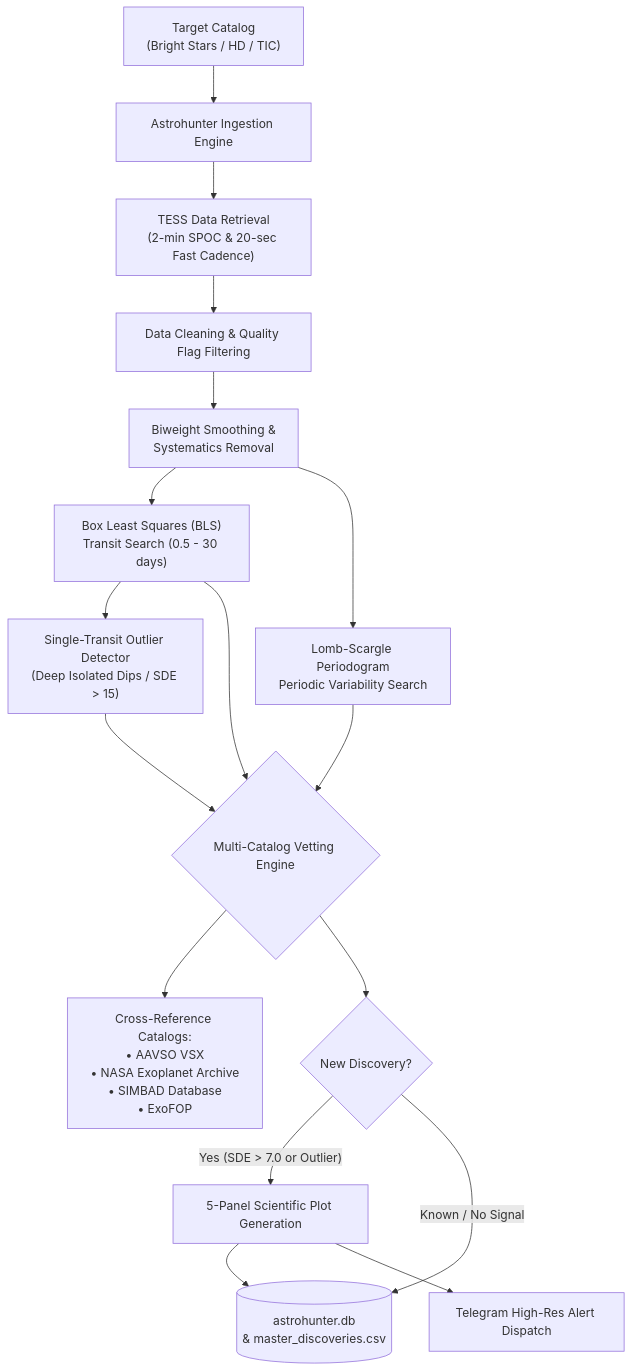
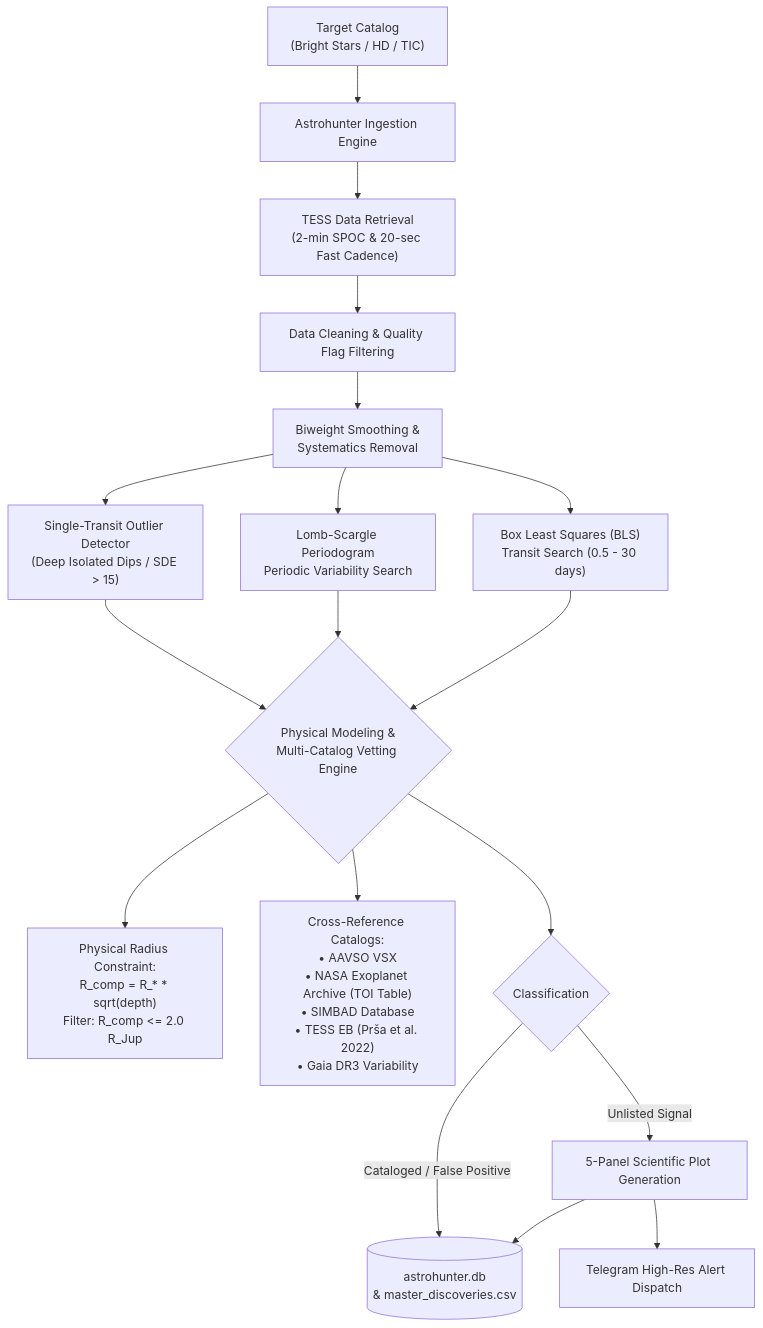
The diagram in README.md (Arman-Bisht/tess-cloud-pipeline), drawn with Mermaid before and after one commit. The commit also changed other lines of this file and 9 other files, not shown here.

Commit message:
feat: implement rigorous physical vetting and publish pristine 30-candidate TESS catalog

````diff
--- a/README.md
+++ b/README.md
@@ -26,24 +26,24 @@
 ```mermaid
 flowchart TD
     TargetList["Target Catalog\n(Bright Stars / HD / TIC)"] --> Engine["Astrohunter Ingestion Engine"]
     Engine --> Download["TESS Data Retrieval\n(2-min SPOC & 20-sec Fast Cadence)"]
     Download --> Quality["Data Cleaning & Quality Flag Filtering"]
     Quality --> Detrend["Biweight Smoothing &\nSystematics Removal"]
     
     Detrend --> BLS["Box Least Squares (BLS)\nTransit Search (0.5 - 30 days)"]
     Detrend --> LS["Lomb-Scargle Periodogram\nPeriodic Variability Search"]
+    Detrend --> SingleTransit["Single-Transit Outlier Detector\n(Deep Isolated Dips / SDE > 15)"]
     
-    BLS --> SingleTransit["Single-Transit Outlier Detector\n(Deep Isolated Dips / SDE > 15)"]
-    
-    BLS --> Vetting{"Multi-Catalog Vetting Engine"}
+    BLS --> Vetting{"Physical Modeling &\nMulti-Catalog Vetting Engine"}
     LS --> Vetting
     SingleTransit --> Vetting
     
-    Vetting --> Catalogs["Cross-Reference Catalogs:\n• AAVSO VSX\n• NASA Exoplanet Archive\n• SIMBAD Database\n• ExoFOP"]
+    Vetting --> Physics["Physical Radius Constraint:\nR_comp = R_* * sqrt(depth)\nFilter: R_comp <= 2.0 R_Jup"]
+    Vetting --> Catalogs["Cross-Reference Catalogs:\n• AAVSO VSX\n• NASA Exoplanet Archive (TOI Table)\n• SIMBAD Database\n• TESS EB (Prša et al. 2022)\n• Gaia DR3 Variability"]
     
-    Vetting --> Discovery{"New Discovery?"}
-    Discovery -- "Yes (SDE > 7.0 or Outlier)" --> Visualizer["5-Panel Scientific Plot Generation"]
+    Vetting --> Classify{"Classification"}
+    Classify -- "Unlisted Signal" --> Visualizer["5-Panel Scientific Plot Generation"]
     Visualizer --> DB[("astrohunter.db\n& master_discoveries.csv")]
     Visualizer --> Alerts["Telegram High-Res Alert Dispatch"]
-    Discovery -- "Known / No Signal" --> DB
+    Classify -- "Cataloged / False Positive" --> DB
 ```
````
